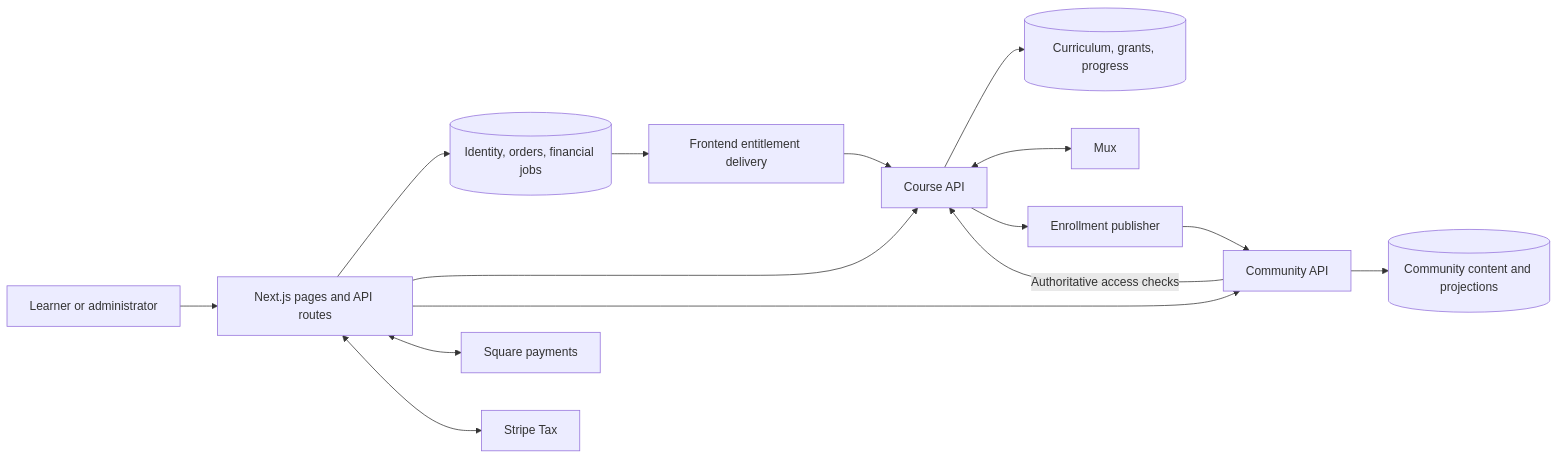
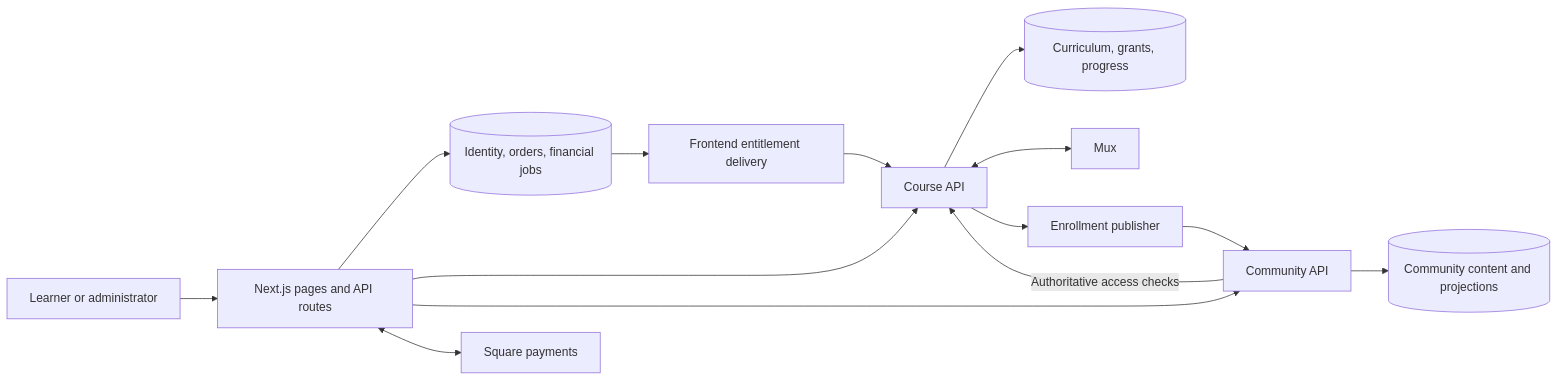
One commit to princessdardan/lash-her-frontend changed the diagram in API-INTEGRATION-PLAN.md. Above: the diagram before and after it, drawn with Mermaid. The commit also changed other lines of this file and 3 other files, not shown here.

````diff
--- a/API-INTEGRATION-PLAN.md
+++ b/API-INTEGRATION-PLAN.md
@@ -256,17 +245,16 @@
 ```mermaid
 flowchart LR
     Browser[Learner or administrator] --> Frontend[Next.js pages and API routes]
     Frontend --> FrontDB[(Identity, orders, financial jobs)]
     Frontend --> Course[Course API]
     Frontend --> Community[Community API]
     Frontend <--> Square[Square payments]
-    Frontend <--> Tax[Stripe Tax]
     FrontDB --> Delivery[Frontend entitlement delivery]
     Delivery --> Course
     Course --> CourseDB[(Curriculum, grants, progress)]
     Course <--> Mux[Mux]
     Course --> Publisher[Enrollment publisher]
     Publisher --> Community
     Community --> CommunityDB[(Community content and projections)]
     Community -->|Authoritative access checks| Course
 ```
````
